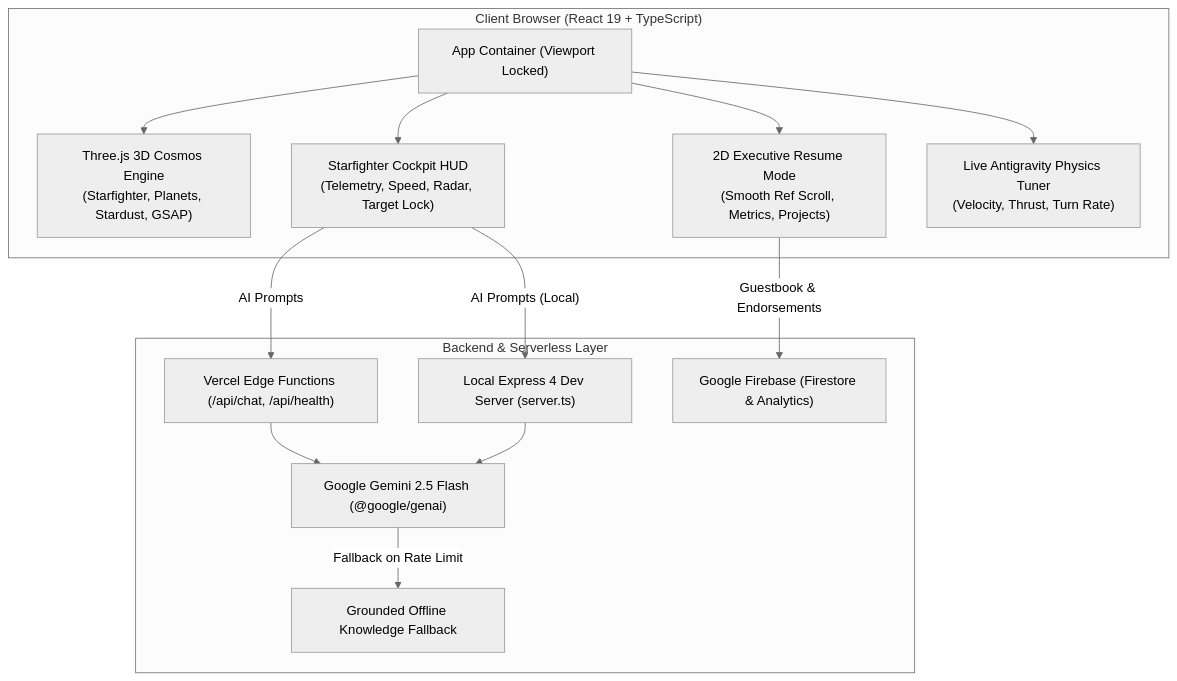
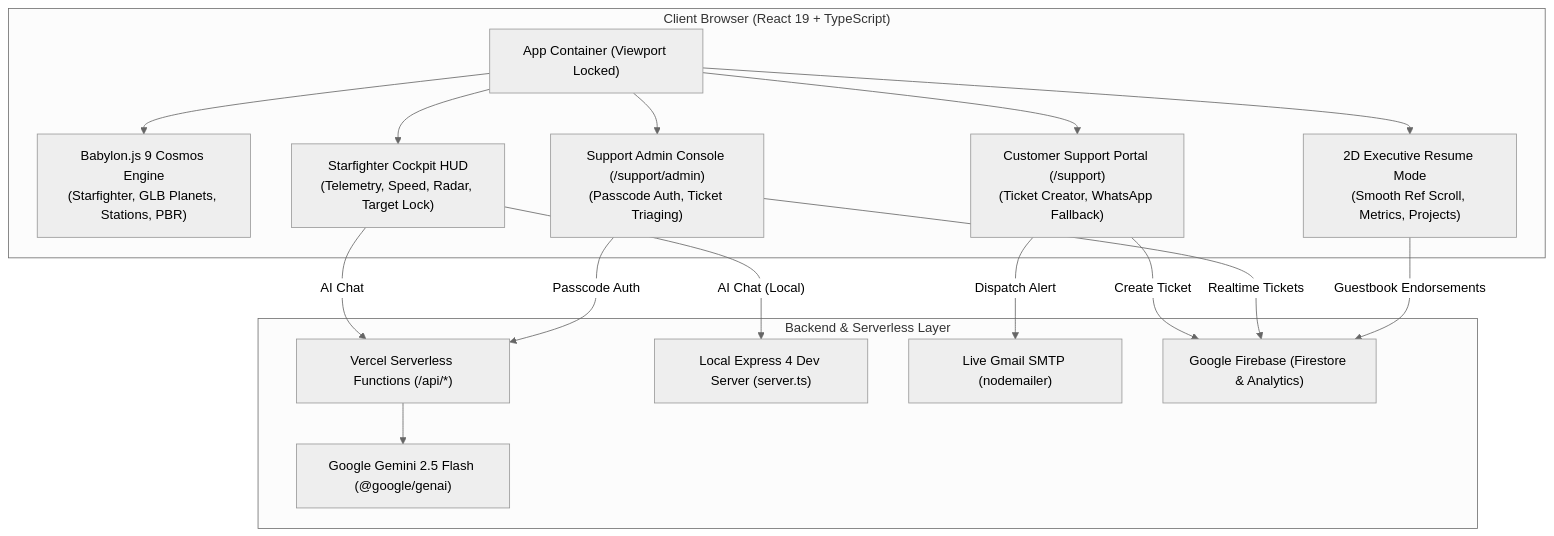
Before and after one commit to SHEKHAR3512/shekhar-birda-_-3d-interactive-portfolio: the diagram in README.md, drawn with Mermaid (neutral theme). The commit also changed other lines of this file and 66 other files, not shown here.

Commit message:
feat(babylon-js): migrate to Babylon.js 9 with realistic Sketchfab 3D assets, support suite, and live Gmail SMTP

````diff
--- a/README.md
+++ b/README.md
@@ -158,30 +135,34 @@
 ```mermaid
 flowchart TD
     subgraph Client["Client Browser (React 19 + TypeScript)"]
         UI["App Container (Viewport Locked)"]
-        ThreeCanvas["Three.js 3D Cosmos Engine\n(Starfighter, Planets, Stardust, GSAP)"]
+        BabylonCanvas["Babylon.js 9 Cosmos Engine\n(Starfighter, GLB Planets, Stations, PBR)"]
         HUDView["Starfighter Cockpit HUD\n(Telemetry, Speed, Radar, Target Lock)"]
         ExecView["2D Executive Resume Mode\n(Smooth Ref Scroll, Metrics, Projects)"]
-        PhysicsTuner["Live Antigravity Physics Tuner\n(Velocity, Thrust, Turn Rate)"]
+        SupportPortal["Customer Support Portal (/support)\n(Ticket Creator, WhatsApp Fallback)"]
+        SupportAdmin["Support Admin Console (/support/admin)\n(Passcode Auth, Ticket Triaging)"]
         
-        UI --> ThreeCanvas
+        UI --> BabylonCanvas
         UI --> HUDView
         UI --> ExecView
-        UI --> PhysicsTuner
+        UI --> SupportPortal
+        UI --> SupportAdmin
     end
 
     subgraph BackendServices["Backend & Serverless Layer"]
-        VercelAPI["Vercel Edge Functions (/api/chat, /api/health)"]
+        VercelAPI["Vercel Serverless Functions (/api/*)"]
         ExpressLocal["Local Express 4 Dev Server (server.ts)"]
         GeminiAI["Google Gemini 2.5 Flash (@google/genai)"]
-        OfflineKB["Grounded Offline Knowledge Fallback"]
+        EmailService["Live Gmail SMTP (nodemailer)"]
         FirebaseDB["Google Firebase (Firestore & Analytics)"]
     end
 
-    HUDView -- "AI Prompts" --> VercelAPI
-    HUDView -- "AI Prompts (Local)" --> ExpressLocal
+    HUDView -- "AI Chat" --> VercelAPI
+    HUDView -- "AI Chat (Local)" --> ExpressLocal
+    SupportPortal -- "Create Ticket" --> FirebaseDB
+    SupportPortal -- "Dispatch Alert" --> EmailService
+    SupportAdmin -- "Passcode Auth" --> VercelAPI
+    SupportAdmin -- "Realtime Tickets" --> FirebaseDB
+    ExecView -- "Guestbook Endorsements" --> FirebaseDB
     VercelAPI --> GeminiAI
-    ExpressLocal --> GeminiAI
-    GeminiAI -- "Fallback on Rate Limit" --> OfflineKB
-    ExecView -- "Guestbook & Endorsements" --> FirebaseDB
 ```
````
